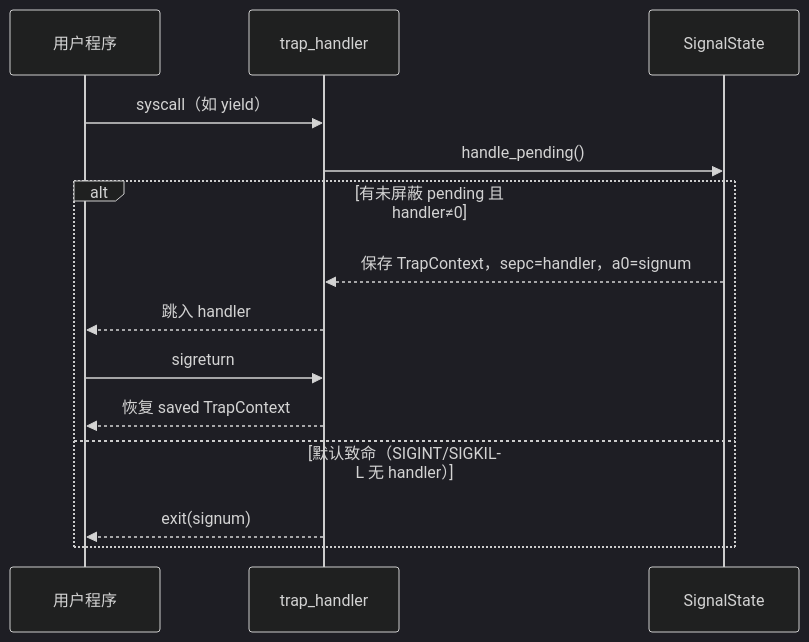
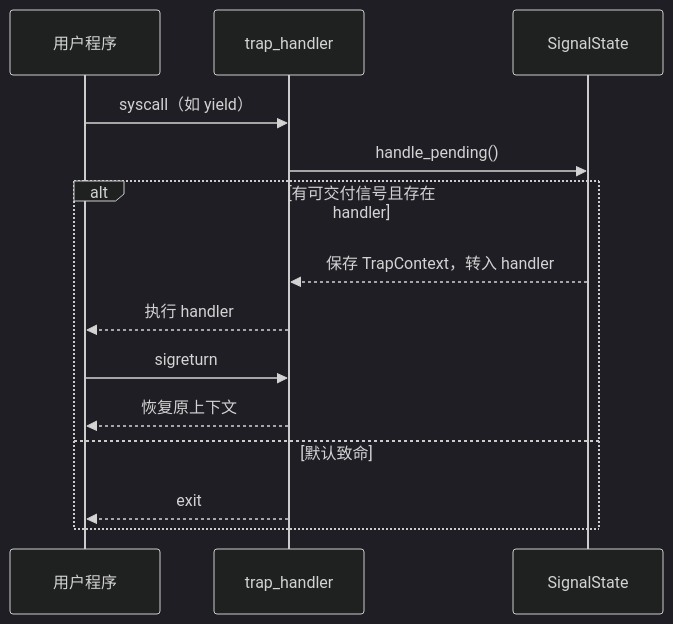
One commit to AM-SuSh/EVOLVE changed the second of 2 diagrams in os-lab/labs/lab7-ipc-signal.md. Above: the diagram before and after it, drawn with Mermaid (dark theme). The commit also changed other lines of this file and 23 other files, not shown here.

````diff
--- a/os-lab/labs/lab7-ipc-signal.md
+++ b/os-lab/labs/lab7-ipc-signal.md
@@ -92,16 +117,16 @@
 ```mermaid
 sequenceDiagram
     participant U as 用户程序
     participant T as trap_handler
     participant S as SignalState
     U->>T: syscall（如 yield）
     T->>S: handle_pending()
-    alt 有未屏蔽 pending 且 handler≠0
-        S-->>T: 保存 TrapContext，sepc=handler，a0=signum
-        T-->>U: 跳入 handler
+    alt 有可交付信号且存在 handler
+        S-->>T: 保存 TrapContext，转入 handler
+        T-->>U: 执行 handler
         U->>T: sigreturn
-        T-->>U: 恢复 saved TrapContext
-    else 默认致命（SIGINT/SIGKILL 无 handler）
-        T-->>U: exit(signum)
+        T-->>U: 恢复原上下文
+    else 默认致命
+        T-->>U: exit
     end
 ```
````
